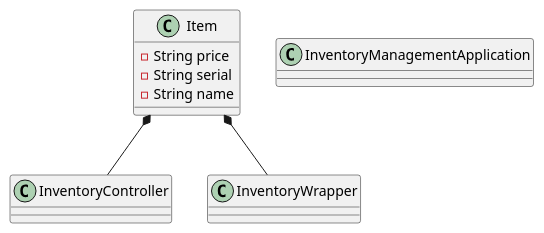
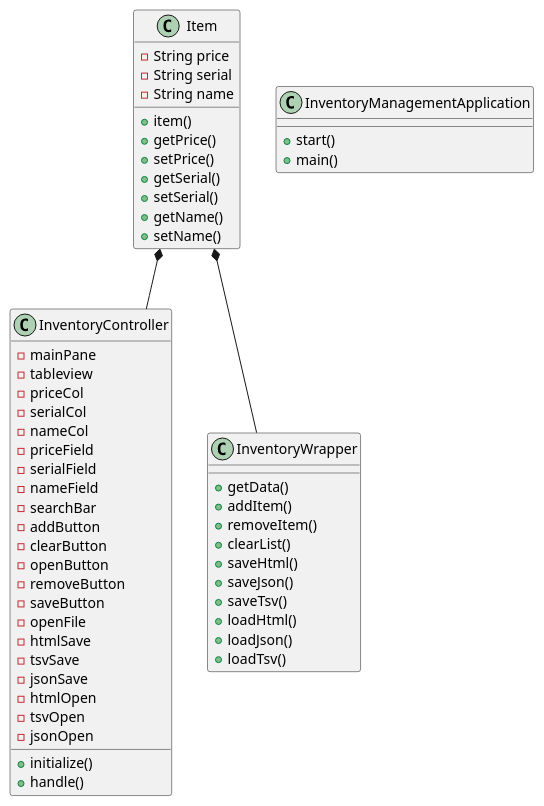
Before and after one commit to samuelbauta/Inventory-Manager: the diagram in docs/Stucture.puml, drawn with PlantUML. The commit also changed 26 other files, not shown here.

Commit message:
Im so closed to being done, i got the save and load methods working after much trouble, no for the test cases

```diff
--- a/docs/Stucture.puml
+++ b/docs/Stucture.puml
@@ -1,18 +1,64 @@
 @startuml
 class InventoryController{
++initialize()
++handle()
+
+-mainPane
+-tableview
+-priceCol
+-serialCol
+-nameCol
+-priceField
+-serialField
+-nameField
+-searchBar
+-addButton
+-clearButton
+-openButton
+-removeButton
+-saveButton
+-openFile
+-htmlSave
+-tsvSave
+-jsonSave
+-htmlOpen
+-tsvOpen
+-jsonOpen
 }
 class InventoryManagementApplication{
++start()
++main()
 }
 class InventoryWrapper{
++getData()
++addItem()
++removeItem()
++clearList()
++saveHtml()
++saveJson()
++saveTsv()
++loadHtml()
++loadJson()
++loadTsv()
+
+
 }
 class Item{
+
++item()
++getPrice()
++setPrice()
++getSerial()
++setSerial()
++getName()
++setName()
 - String price
 - String serial
 - String name
 }
 
 Item *-- InventoryWrapper
 Item *-- InventoryController
 
 
 @enduml
```
